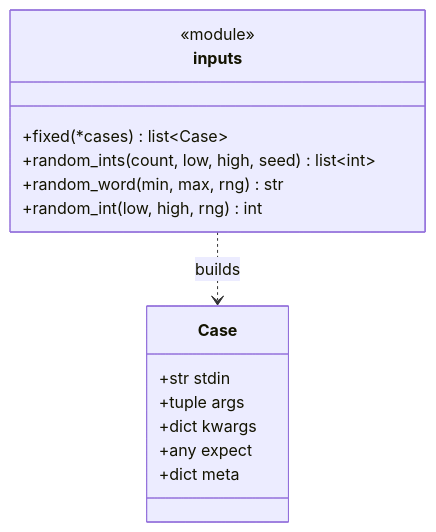
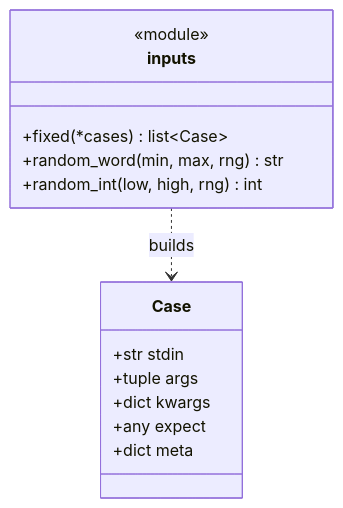
Before and after one commit to N041M/PyQuest: the sixth of 10 diagrams in docs/architecture/engine-core.md, drawn with Mermaid. The commit also changed other lines of this file and 1 other file, not shown here.

Commit message:
Sync architecture docs with the dead-code removal and new self-test
- drop by_id_lookup / random_ints from the content & inputs diagrams
- audit.md: 28/28 self-tests; note the command-registry drift guard and
  the profile-import sanitizer coverage

````diff
--- a/docs/architecture/engine-core.md
+++ b/docs/architecture/engine-core.md
@@ -137,18 +136,17 @@
 ```mermaid
 classDiagram
     class Case {
         +str stdin
         +tuple args
         +dict kwargs
         +any expect
         +dict meta
     }
     class inputs {
         <<module>>
         +fixed(*cases) list~Case~
-        +random_ints(count, low, high, seed) list~int~
         +random_word(min, max, rng) str
         +random_int(low, high, rng) int
     }
     inputs ..> Case : builds
 ```
````
